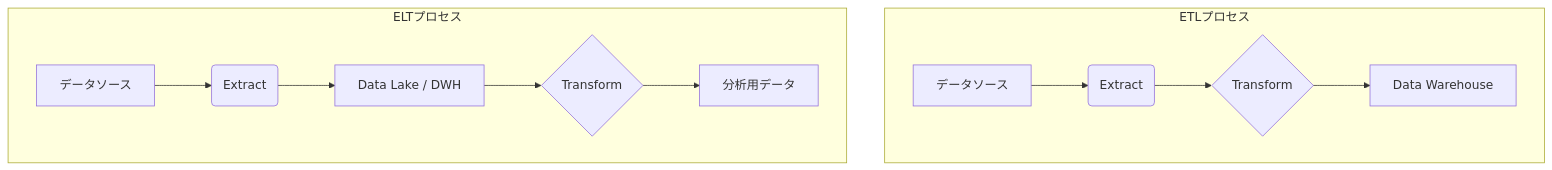
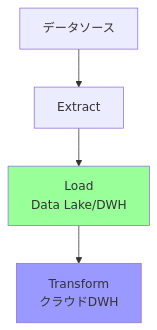
One commit to YU-Kawasaki-05/develop-materials changed the second of 8 diagrams in learning/01_Development_Basic/013_Database_Basic/0135_Data_Engineering_Basic.md. Above: the diagram before and after it, drawn with Mermaid. The commit also changed other lines of this file, not shown here.

````diff
--- a/learning/01_Development_Basic/013_Database_Basic/0135_Data_Engineering_Basic.md
+++ b/learning/01_Development_Basic/013_Database_Basic/0135_Data_Engineering_Basic.md
@@ -34,15 +142,9 @@
 ```mermaid
 graph TD
-    subgraph "ETLプロセス"
-        A[データソース] --> B(Extract);
-        B --> C{Transform};
-        C --> D[Data Warehouse];
-    end
-
-    subgraph "ELTプロセス"
-        X[データソース] --> Y(Extract);
-        Y --> Z[Data Lake / DWH];
-        Z --> W{Transform};
-        W --> V[分析用データ];
-    end
+    A[データソース] --> B[Extract]
+    B --> C[Load<br/>Data Lake/DWH]
+    C --> D[Transform<br/>クラウドDWH]
+    
+    style C fill:#99ff99
+    style D fill:#9999ff
 ```
````
